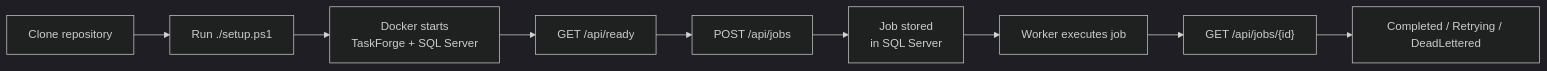
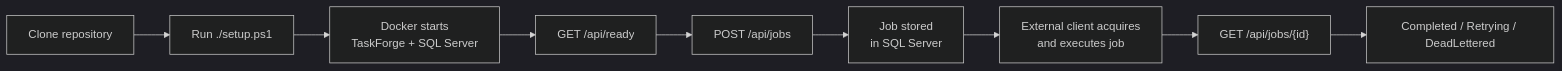
The first of 3 diagrams in README.md (Arvence/TaskForge), drawn with Mermaid (dark theme) before and after one commit. The commit also changed other lines of this file, not shown here.

````diff
--- a/README.md
+++ b/README.md
@@ -39,11 +39,11 @@
 ```mermaid
 flowchart LR
     Clone["Clone repository"] --> Setup["Run ./setup.ps1"]
     Setup --> Docker["Docker starts<br/>TaskForge + SQL Server"]
     Docker --> Ready["GET /api/ready"]
     Ready --> Submit["POST /api/jobs"]
     Submit --> Store["Job stored<br/>in SQL Server"]
-    Store --> Worker["Worker executes job"]
+    Store --> Worker["External client acquires<br/>and executes job"]
     Worker --> Track["GET /api/jobs/{id}"]
     Track --> Status["Completed / Retrying / DeadLettered"]
 ```
````
